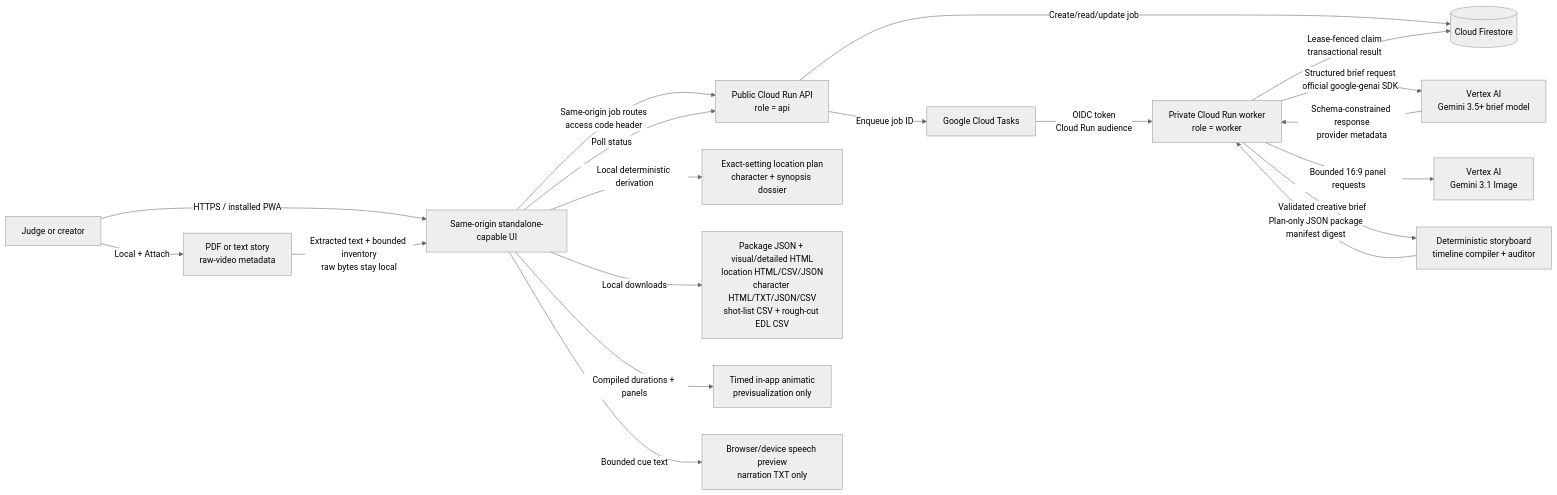
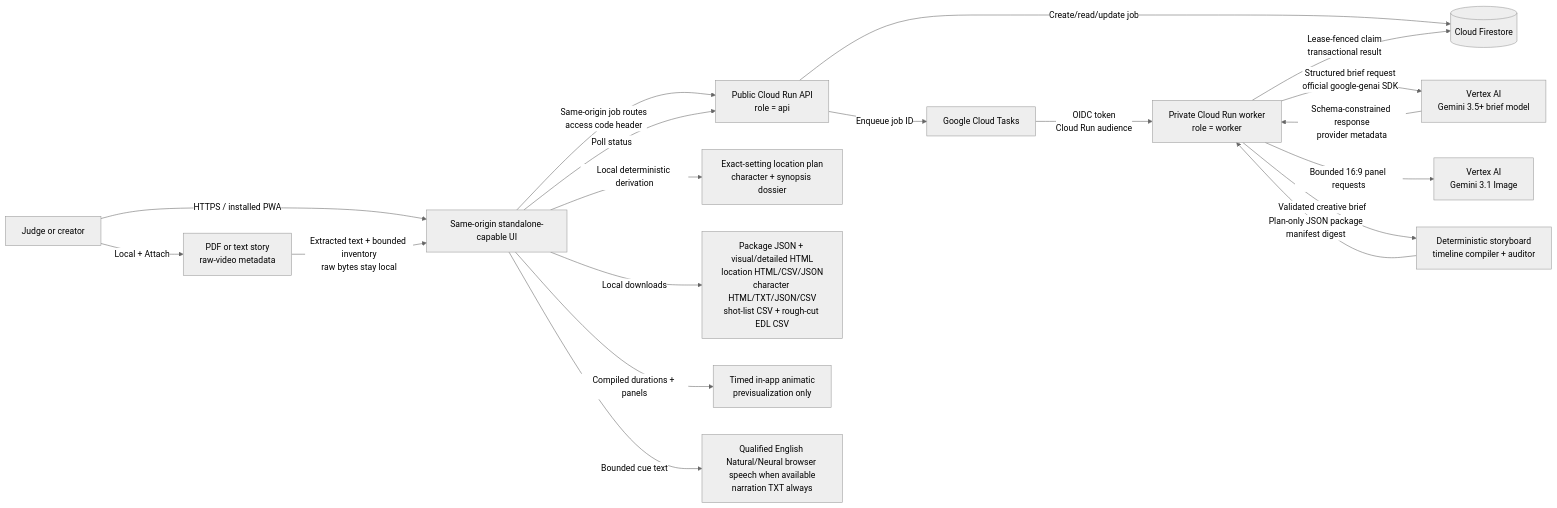
One commit to rmcmurrer81/video-studio-production-director changed the first of 2 diagrams in docs/ARCHITECTURE.md. Above: the diagram before and after it, drawn with Mermaid (neutral theme). The commit also changed 8 other files, not shown here.

Commit message:
Gate pitch playback to natural voices and preserve script canon

````diff
--- a/docs/ARCHITECTURE.md
+++ b/docs/ARCHITECTURE.md
@@ -5,21 +5,21 @@
 ```mermaid
 flowchart LR
     User[Judge or creator] -->|HTTPS / installed PWA| UI[Same-origin standalone-capable UI]
     User -->|Local + Attach| LocalSources[PDF or text story<br/>raw-video metadata]
     LocalSources -->|Extracted text + bounded inventory<br/>raw bytes stay local| UI
     UI -->|Same-origin job routes<br/>access code header| API[Public Cloud Run API<br/>role = api]
     API -->|Create/read/update job| DB[(Cloud Firestore)]
     API -->|Enqueue job ID| Queue[Google Cloud Tasks]
     Queue -->|OIDC token<br/>Cloud Run audience| Worker[Private Cloud Run worker<br/>role = worker]
     Worker -->|Lease-fenced claim<br/>transactional result| DB
     Worker -->|Structured brief request<br/>official google-genai SDK| Vertex[Vertex AI<br/>Gemini 3.5+ brief model]
     Worker -->|Bounded 16:9 panel requests| ImageModel[Vertex AI<br/>Gemini 3.1 Image]
     Vertex -->|Schema-constrained response<br/>provider metadata| Worker
     Worker -->|Validated creative brief| Compiler[Deterministic storyboard<br/>timeline compiler + auditor]
     Compiler -->|Plan-only JSON package<br/>manifest digest| Worker
     UI -->|Poll status| API
     UI -->|Local deterministic derivation| Handoffs[Exact-setting location plan<br/>character + synopsis dossier]
     UI -->|Local downloads| Package[Package JSON + visual/detailed HTML<br/>location HTML/CSV/JSON<br/>character HTML/TXT/JSON/CSV<br/>shot-list CSV + rough-cut EDL CSV]
     UI -->|Compiled durations + panels| Animatic[Timed in-app animatic<br/>previsualization only]
-    UI -->|Bounded cue text| Pitch[Browser/device speech preview<br/>narration TXT only]
+    UI -->|Bounded cue text| Pitch[Qualified English Natural/Neural browser speech when available<br/>narration TXT always]
 ```
````
